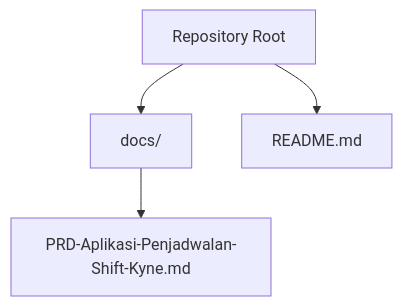
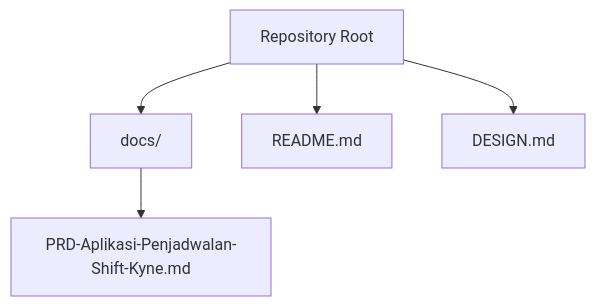
The first of 10 diagrams in .qoder/repowiki/en/content/Product Requirements Document/Product Requirements Document.md (epo33m/scheduling), drawn with Mermaid before and after one commit. The commit also changed other lines of this file and 28 other files, not shown here.

````diff
--- a/.qoder/repowiki/en/content/Product Requirements Document/Product Requirements Document.md
+++ b/.qoder/repowiki/en/content/Product Requirements Document/Product Requirements Document.md
@@ -35,6 +47,7 @@
 ```mermaid
 graph TB
 Repo["Repository Root"] --> Docs["docs/"]
 Docs --> PRD["PRD-Aplikasi-Penjadwalan-Shift-Kyne.md"]
 Repo --> Readme["README.md"]
+Repo --> Design["DESIGN.md"]
 ```
````
